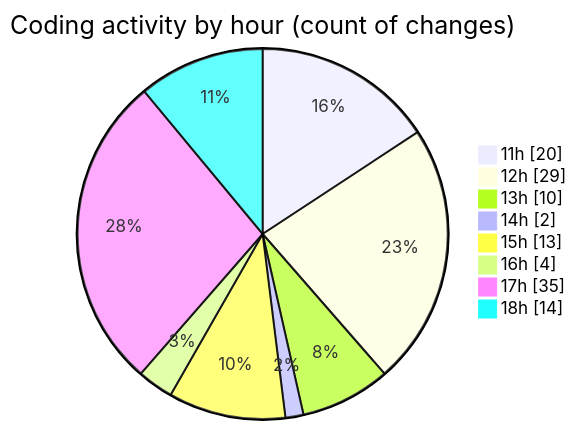
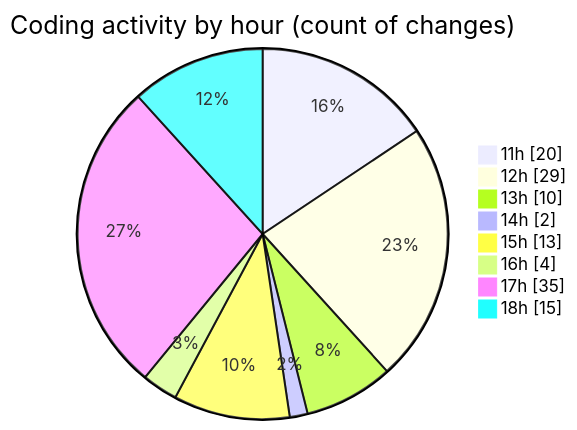
Before and after one commit to nxtqubesakshisongat/code-tracking: the second of 2 diagrams in 2025-12-11/nxtqube_webapp/README.md, drawn with Mermaid. The commit also changed other lines of this file and 1 other file, not shown here.

````diff
--- a/2025-12-11/nxtqube_webapp/README.md
+++ b/2025-12-11/nxtqube_webapp/README.md
@@ -42,12 +42,12 @@
 ```mermaid
 pie showData
 title Coding activity by hour (count of changes)
 "11h" : 20
 "12h" : 29
 "13h" : 10
 "14h" : 2
 "15h" : 13
 "16h" : 4
 "17h" : 35
-"18h" : 14
+"18h" : 15
 ```
````
